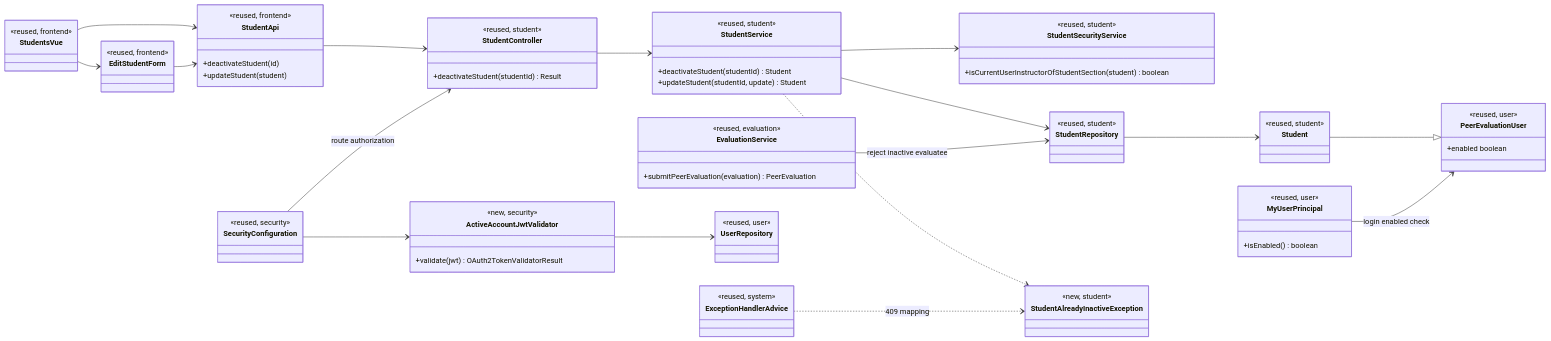
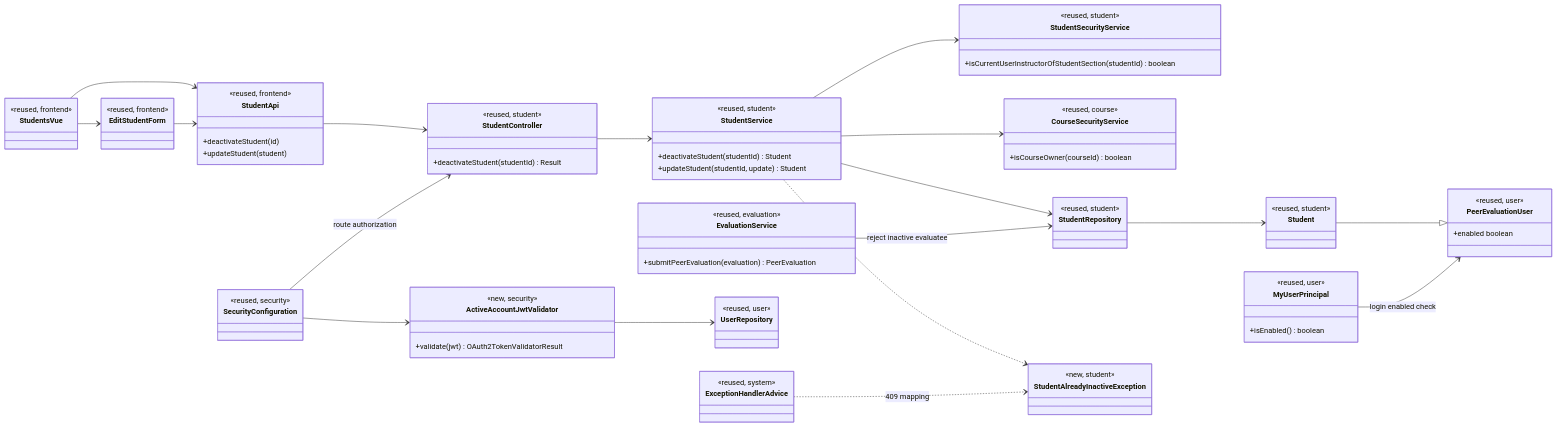
Before and after one commit to tamnguyen30/add-a-use-case: the first of 3 diagrams in docs/design/stu.md, drawn with Mermaid. The commit also changed other lines of this file, not shown here.

Commit message:
Scope student deactivation design authorization

```diff
--- a/docs/design/stu.md
+++ b/docs/design/stu.md
@@ -37,7 +37,11 @@
     }
     class StudentSecurityService {
         <<reused, student>>
-        +isCurrentUserInstructorOfStudentSection(student) boolean
+        +isCurrentUserInstructorOfStudentSection(studentId) boolean
+    }
+    class CourseSecurityService {
+        <<reused, course>>
+        +isCourseOwner(courseId) boolean
     }
     class StudentRepository {
         <<reused, student>>
@@ -83,6 +87,7 @@
     StudentController --> StudentService
     StudentService --> StudentRepository
     StudentService --> StudentSecurityService
+    StudentService --> CourseSecurityService
     StudentService ..> StudentAlreadyInactiveException
     StudentRepository --> Student
     Student --|> PeerEvaluationUser
```
